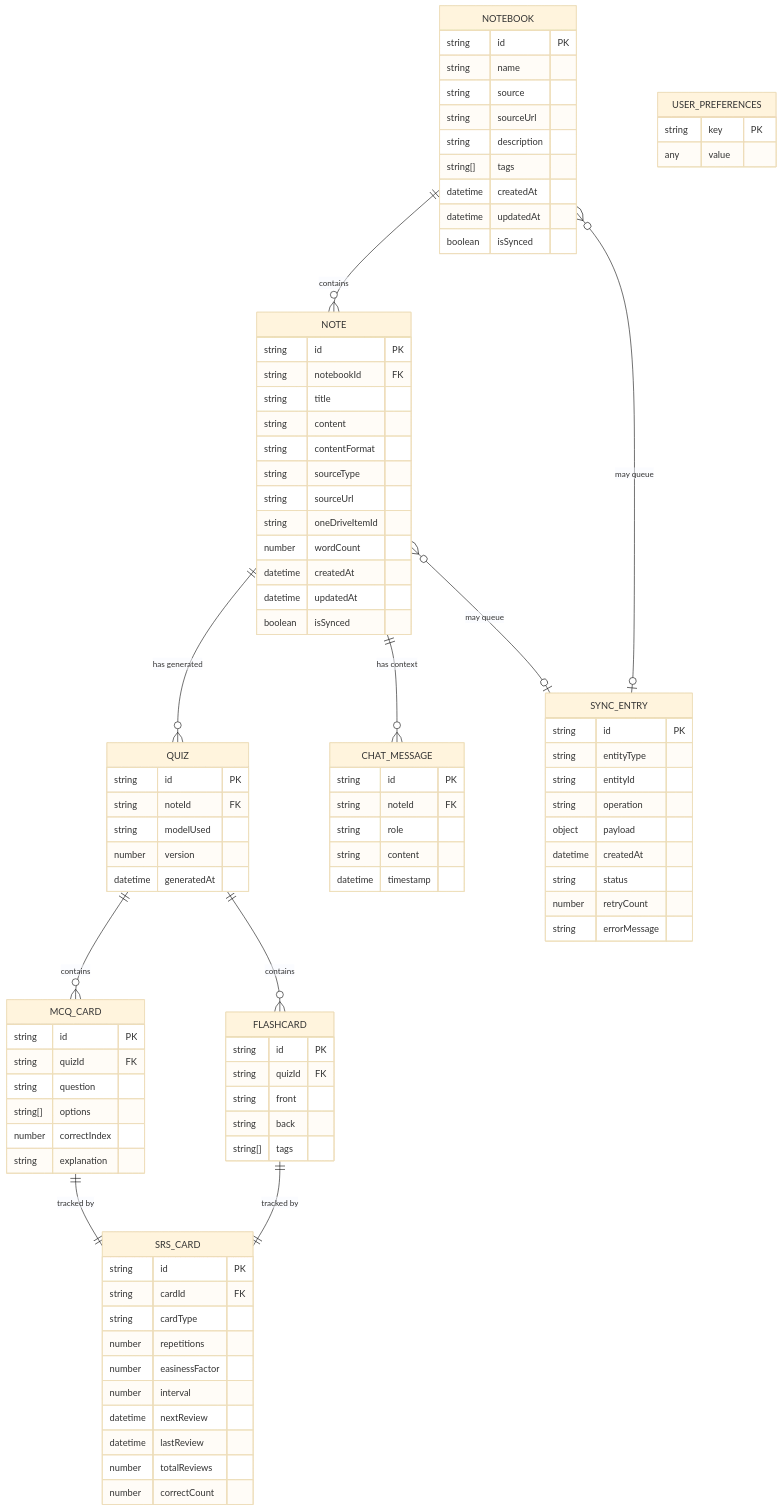
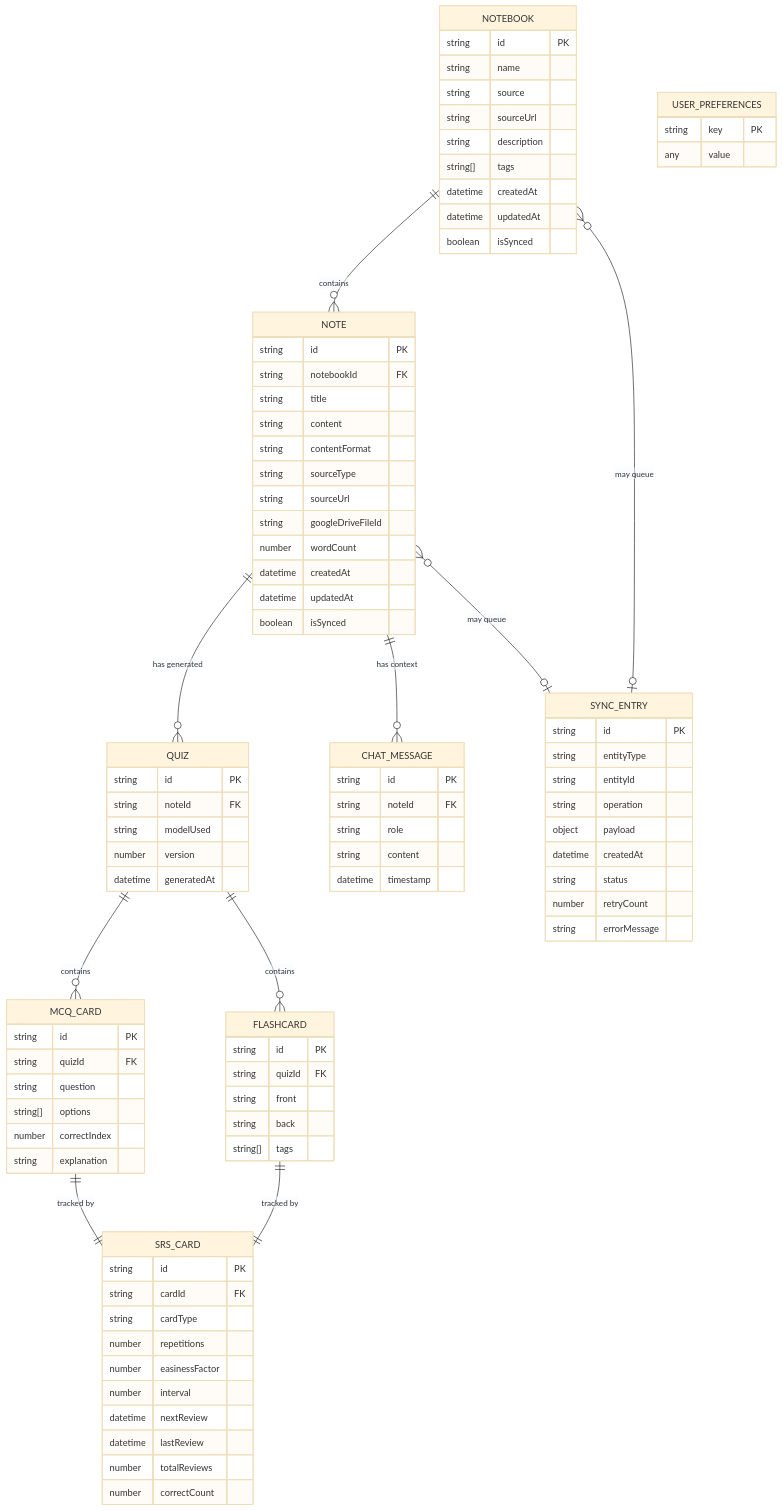
Before and after one commit to Strider221B/synapse-sync: the diagram in documentation/design/high_level/03_data_models.md, drawn with Mermaid (base theme). The commit also changed other lines of this file and 30 other files, not shown here.

First line of the commit message:
feat(gdrive): replace Microsoft OneDrive integration with Google Drive API v3 & Google OAuth 2.0 (#11)

```diff
--- a/documentation/design/high_level/03_data_models.md
+++ b/documentation/design/high_level/03_data_models.md
@@ -48,7 +48,7 @@
         string contentFormat
         string sourceType
         string sourceUrl
-        string oneDriveItemId
+        string googleDriveFileId
         number wordCount
         datetime createdAt
         datetime updatedAt
```
